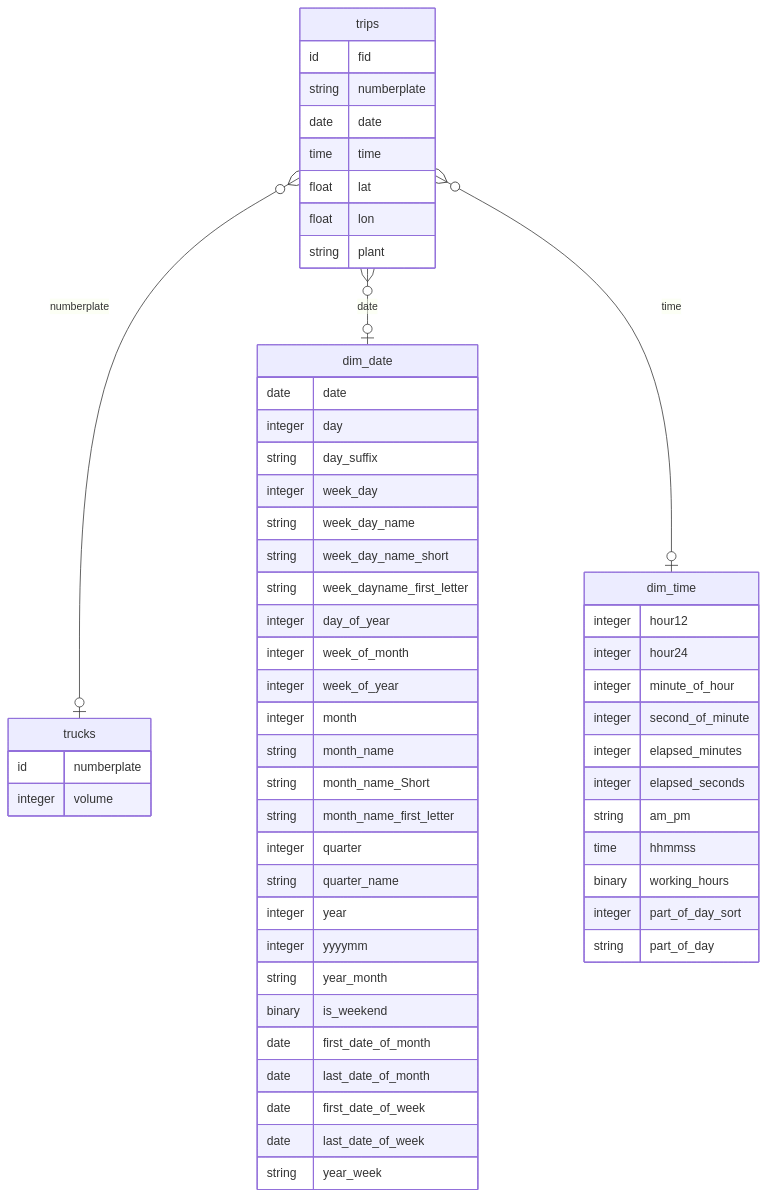
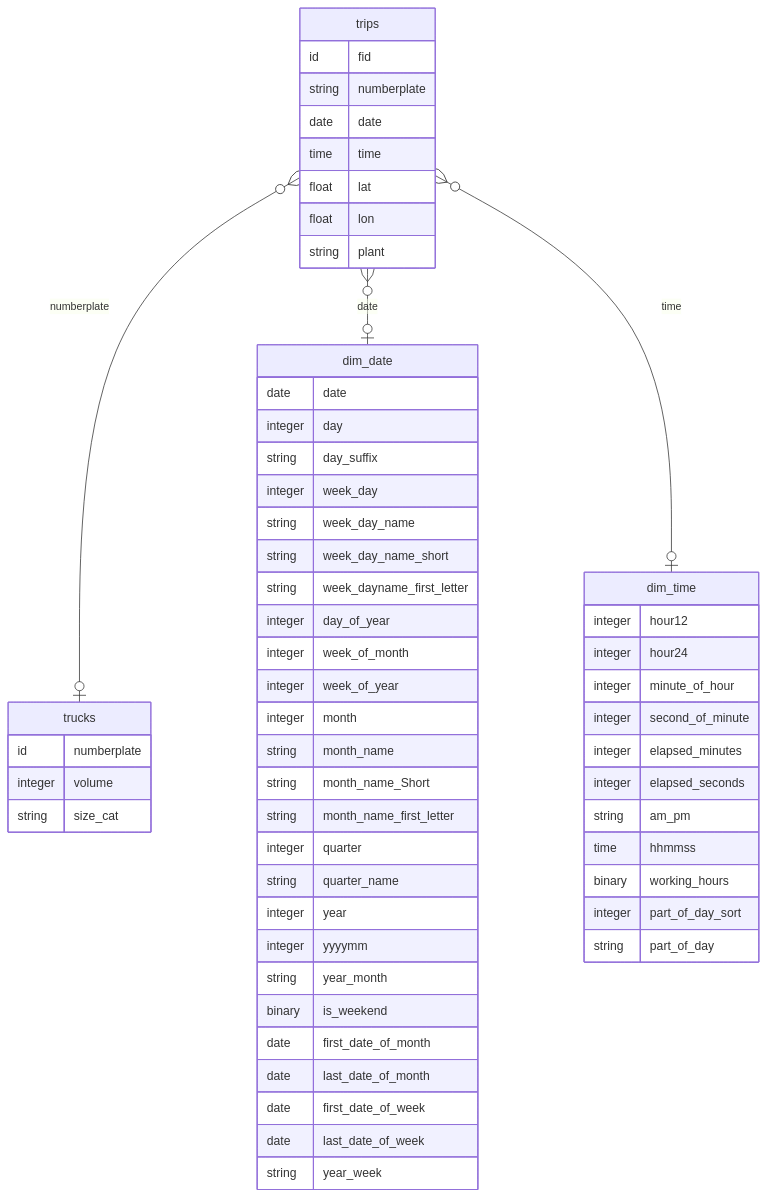
Before and after one commit to ds4owd-002/project-yozgoesdigital: the diagram in docs/index.qmd, drawn with Mermaid. The commit also changed other lines of this file and 4 other files, not shown here.

````diff
--- a/docs/index.qmd
+++ b/docs/index.qmd
@@ -165,62 +162,63 @@
 ```{mermaid}
 %%| label: fig-df_star_schema
 %%| fig-cap: "Star schema of data frame"
 erDiagram
     trips }o--o| trucks  : numberplate
     trips }o--o| dim_date : date
     trips }o--o| dim_time   : time
     trucks {
         id numberplate	
         integer volume
+        string size_cat
     }
     trips {
         id fid
         string numberplate
         date date
         time time
         float lat
         float lon
         string plant
     }
     dim_date {
         date date
         integer day
         string day_suffix
         integer week_day
         string week_day_name
         string week_day_name_short
         string week_dayname_first_letter
         integer day_of_year
         integer week_of_month
         integer week_of_year
         integer month
         string month_name
         string month_name_Short
         string month_name_first_letter
         integer quarter
         string quarter_name
         integer year
         integer yyyymm
         string year_month
         binary is_weekend
         date first_date_of_month
         date last_date_of_month
         date first_date_of_week
         date last_date_of_week
         string year_week
     }
     dim_time{
         integer hour12
         integer hour24
         integer minute_of_hour
         integer second_of_minute
         integer elapsed_minutes
         integer elapsed_seconds
         string am_pm
         time hhmmss
         binary working_hours
         integer part_of_day_sort
         string part_of_day
     }
     
 ```
````
